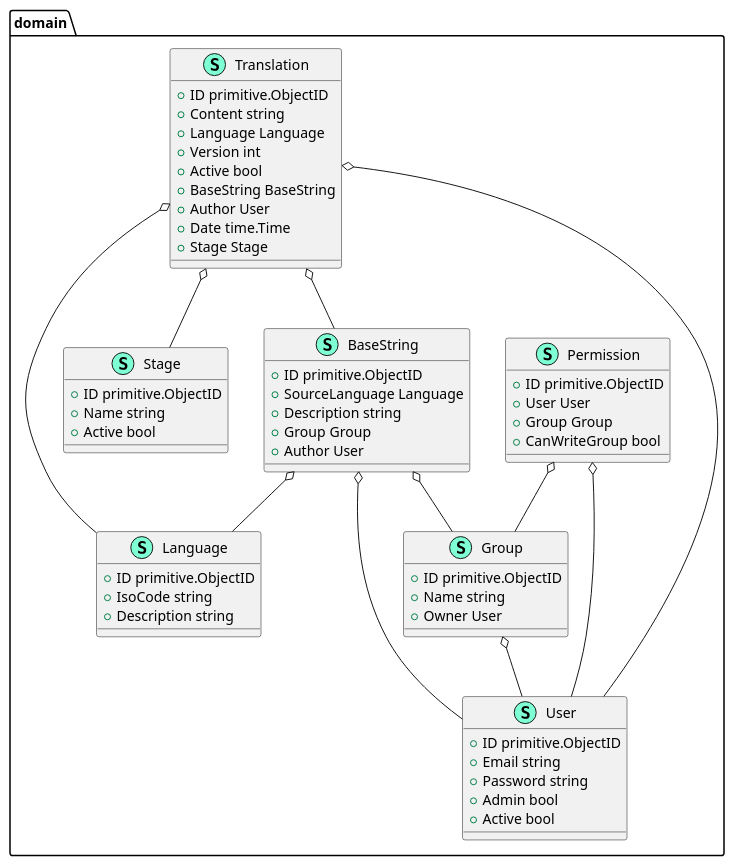
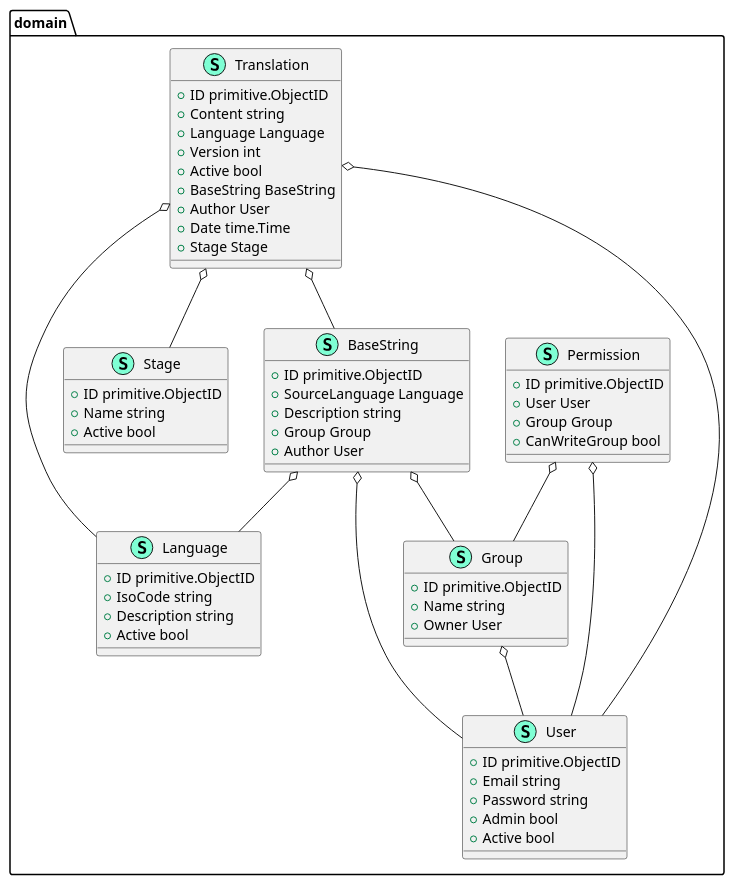
Before and after one commit to cafeteru/LocalizeMe: the diagram in backend/assets/UmlDiagram.puml, drawn with PlantUML. The commit also changed 112 other files, not shown here.

```diff
--- a/backend/assets/UmlDiagram.puml
+++ b/backend/assets/UmlDiagram.puml
@@ -1,70 +1,71 @@
 @startuml
 namespace domain {
     class BaseString << (S,Aquamarine) >> {
         + ID primitive.ObjectID
         + SourceLanguage Language
         + Description string
         + Group Group
         + Author User
 
     }
     class Group << (S,Aquamarine) >> {
         + ID primitive.ObjectID
         + Name string
         + Owner User
 
     }
     class Language << (S,Aquamarine) >> {
         + ID primitive.ObjectID
         + IsoCode string
         + Description string
+        + Active bool
 
     }
     class Permission << (S,Aquamarine) >> {
         + ID primitive.ObjectID
         + User User
         + Group Group
         + CanWriteGroup bool
 
     }
     class Stage << (S,Aquamarine) >> {
         + ID primitive.ObjectID
         + Name string
         + Active bool
 
     }
     class Translation << (S,Aquamarine) >> {
         + ID primitive.ObjectID
         + Content string
         + Language Language
         + Version int
         + Active bool
         + BaseString BaseString
         + Author User
         + Date time.Time
         + Stage Stage
 
     }
     class User << (S,Aquamarine) >> {
         + ID primitive.ObjectID
         + Email string
         + Password string
         + Admin bool
         + Active bool
 
     }
 }
 
 
 "domain.BaseString" o-- "domain.Group"
 "domain.BaseString" o-- "domain.Language"
 "domain.BaseString" o-- "domain.User"
 "domain.Group" o-- "domain.User"
 "domain.Permission" o-- "domain.Group"
 "domain.Permission" o-- "domain.User"
 "domain.Translation" o-- "domain.BaseString"
 "domain.Translation" o-- "domain.Language"
 "domain.Translation" o-- "domain.Stage"
 "domain.Translation" o-- "domain.User"
 
 @enduml
```
